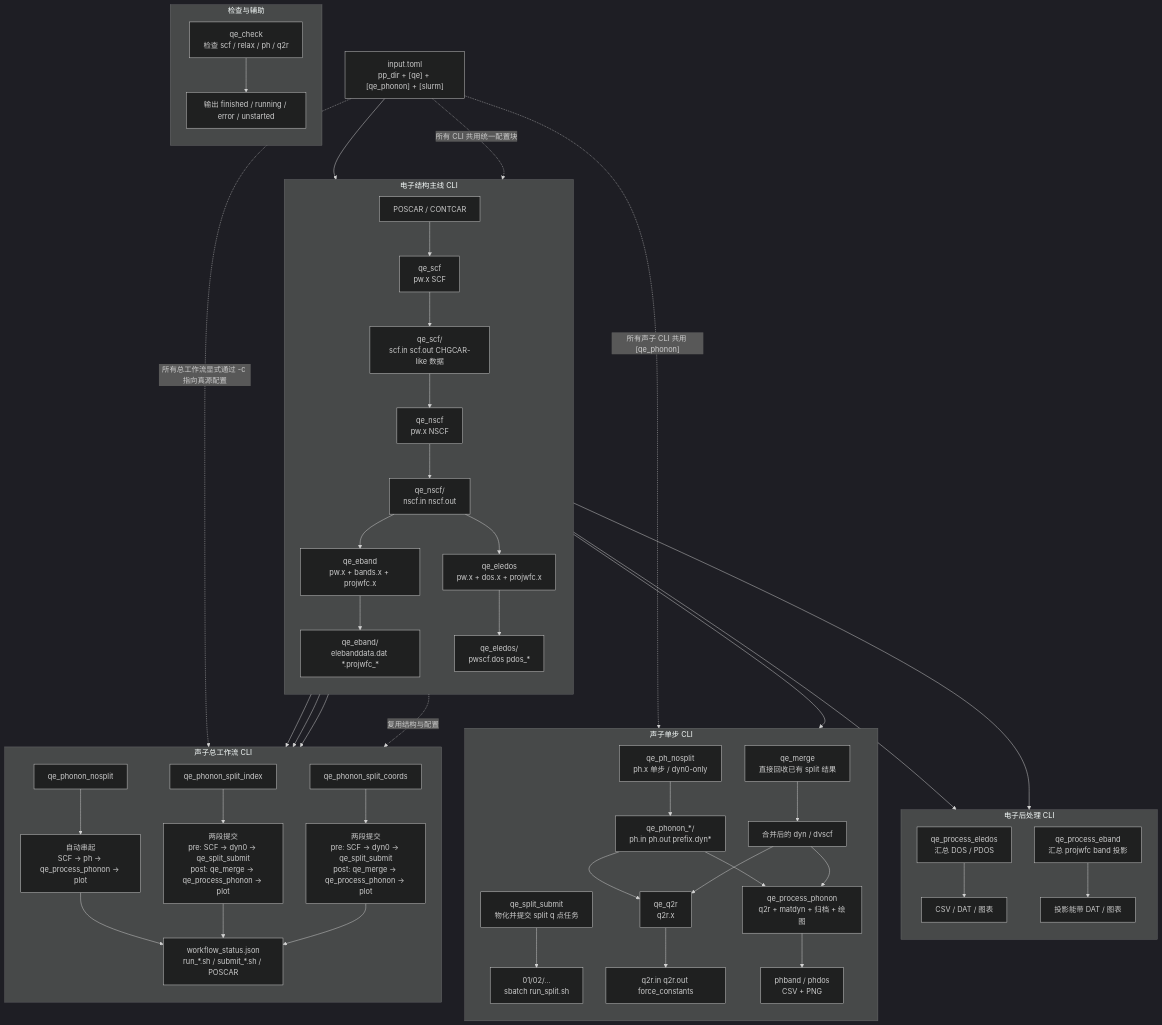
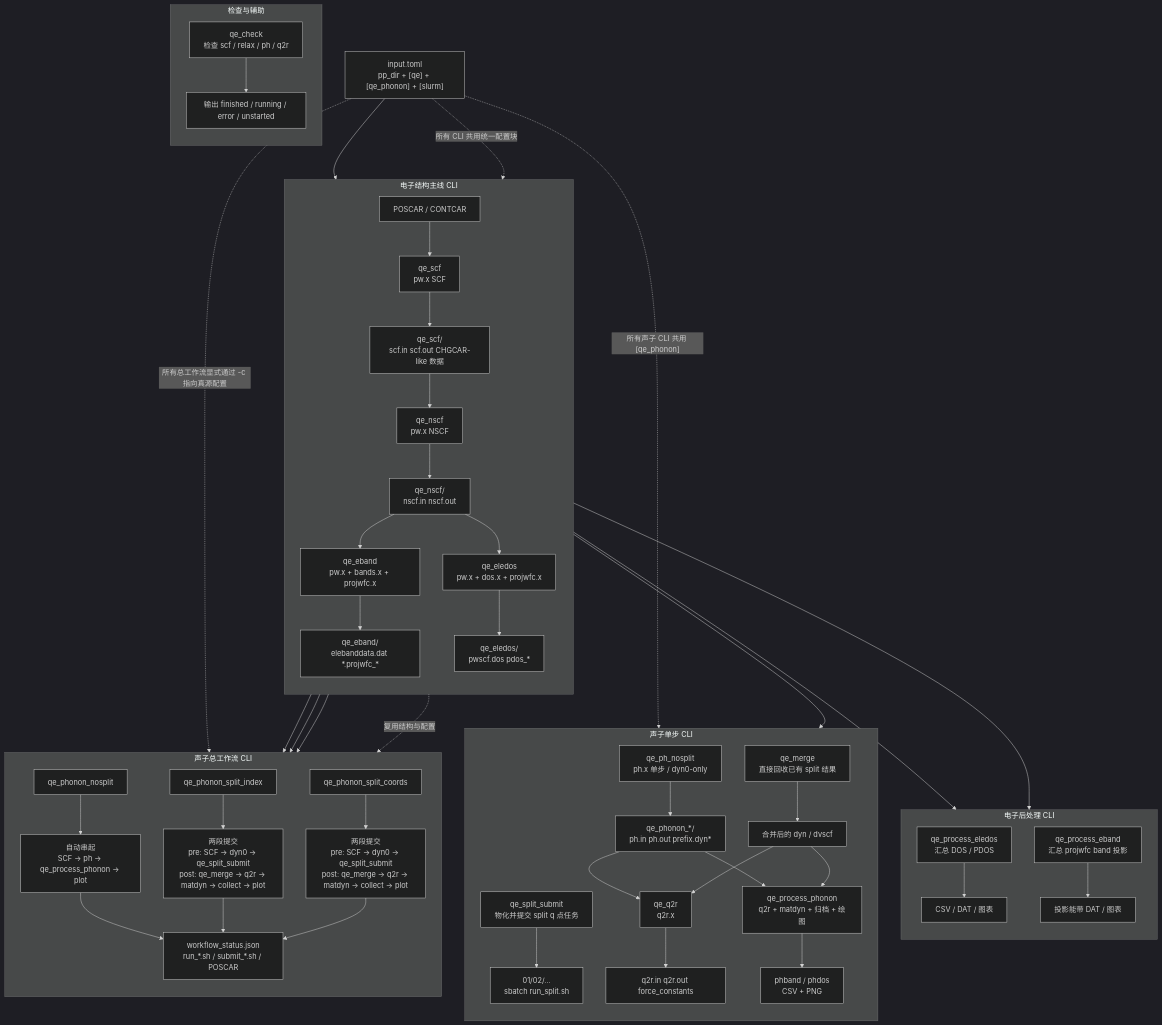
One commit to JLU-ICCMS-MaYuan/dftflow changed the diagram in qeflow/qeflow-cli-flow.mmd. Above: the diagram before and after it, drawn with Mermaid (dark theme). The commit also changed 11 other files, not shown here.

Commit message:
[2026-05-20 21:25:20] 功能：修复 qe_merge 当前目录解析并收敛 split 脚本编号

```diff
--- a/qeflow/qeflow-cli-flow.mmd
+++ b/qeflow/qeflow-cli-flow.mmd
@@ -1,69 +1,69 @@
 ---
 id: 9d23b8b8-8985-4c98-9f55-d7b4e3a87670
 ---
 flowchart TD
     A["input.toml<br/>pp_dir + [qe] + [qe_phonon] + [slurm]"] --> B["POSCAR / CONTCAR"]
 
     subgraph E0["电子结构主线 CLI"]
         direction TD
         B --> E1["qe_scf<br/>pw.x SCF"]
         E1 --> E1O["qe_scf/<br/>scf.in scf.out CHGCAR-like 数据"]
         E1O --> E2["qe_nscf<br/>pw.x NSCF"]
         E2 --> E2O["qe_nscf/<br/>nscf.in nscf.out"]
         E2O --> E3["qe_eband<br/>pw.x + bands.x + projwfc.x"]
         E3 --> E3O["qe_eband/<br/>elebanddata.dat *.projwfc_*"]
         E2O --> E4["qe_eledos<br/>pw.x + dos.x + projwfc.x"]
         E4 --> E4O["qe_eledos/<br/>pwscf.dos pdos_*"]
     end
 
     subgraph E5["电子后处理 CLI"]
         direction TD
         E4O --> E6["qe_process_eledos<br/>汇总 DOS / PDOS"]
         E6 --> E6O["CSV / DAT / 图表"]
         E3O --> E7["qe_process_eband<br/>汇总 projwfc band 投影"]
         E7 --> E7O["投影能带 DAT / 图表"]
     end
 
     subgraph P0["声子单步 CLI"]
         direction TD
         B --> P1["qe_ph_nosplit<br/>ph.x 单步 / dyn0-only"]
         P1 --> P1O["qe_phonon_*/<br/>ph.in ph.out prefix.dyn*"]
 
         P4["qe_merge<br/>直接回收已有 split 结果"]
         P4 --> P4O["合并后的 dyn / dvscf"]
         P4S["qe_split_submit<br/>物化并提交 split q 点任务"]
         P4S --> P4SO["01/02/...<br/>sbatch run_split.sh"]
 
         P1O --> P5["qe_q2r<br/>q2r.x"]
         P4O --> P5
         P5 --> P5O["q2r.in q2r.out force_constants"]
 
         P1O --> P6["qe_process_phonon<br/>q2r + matdyn + 归档 + 绘图"]
         P4O --> P6
         P6 --> P6O["phband / phdos<br/>CSV + PNG"]
     end
 
     subgraph P8["声子总工作流 CLI"]
         direction TD
         B --> W1["qe_phonon_nosplit"]
         B --> W2["qe_phonon_split_index"]
         B --> W3["qe_phonon_split_coords"]
 
         W1 --> W1S["自动串起<br/>SCF -> ph -> qe_process_phonon -> plot"]
-        W2 --> W2S["两段提交<br/>pre: SCF -> dyn0 -> qe_split_submit<br/>post: qe_merge -> qe_process_phonon -> plot"]
-        W3 --> W3S["两段提交<br/>pre: SCF -> dyn0 -> qe_split_submit<br/>post: qe_merge -> qe_process_phonon -> plot"]
+        W2 --> W2S["两段提交<br/>pre: SCF -> dyn0 -> qe_split_submit<br/>post: qe_merge -> q2r -> matdyn -> collect -> plot"]
+        W3 --> W3S["两段提交<br/>pre: SCF -> dyn0 -> qe_split_submit<br/>post: qe_merge -> q2r -> matdyn -> collect -> plot"]
 
         W1S --> WS["workflow_status.json<br/>run_*.sh / submit_*.sh / POSCAR"]
         W2S --> WS
         W3S --> WS
     end
 
     subgraph C0["检查与辅助"]
         direction TD
         C1["qe_check<br/>检查 scf / relax / ph / q2r"] --> C2["输出 finished / running / error / unstarted"]
     end
 
     E1O -. 复用结构与配置 .-> P8
     A -. 所有 CLI 共用统一配置块 .-> E0
     A -. 所有声子 CLI 共用 [qe_phonon] .-> P0
     A -. 所有总工作流显式通过 -c 指向真源配置 .-> P8
```
